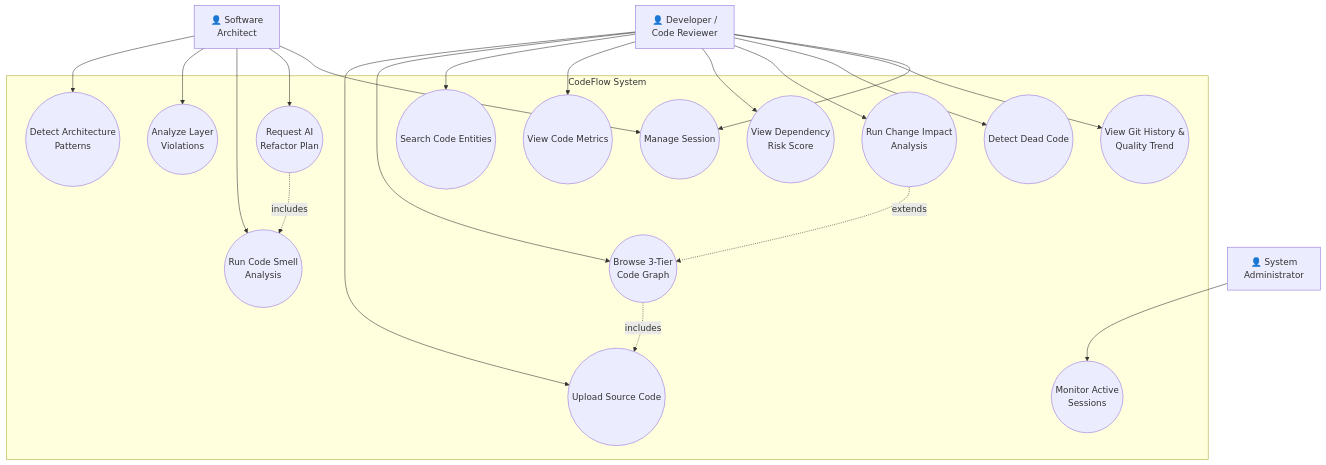
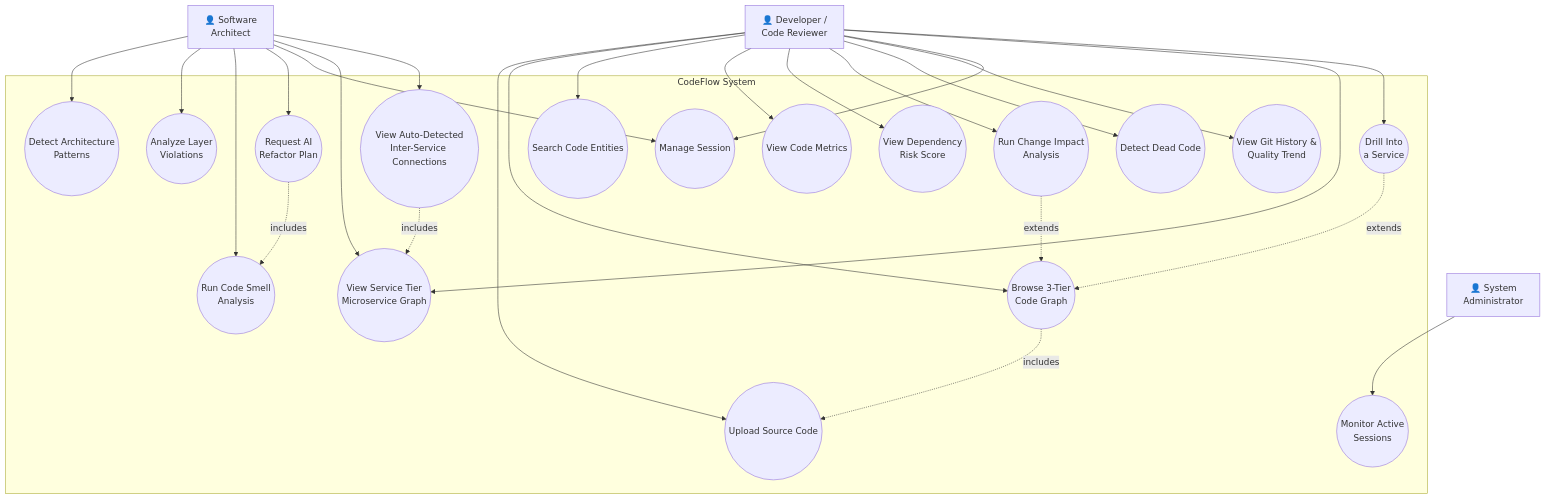
Before and after one commit to farjanasarker/Code_Base_Visualisation: the third of 12 diagrams in SRS.md, drawn with Mermaid. The commit also changed other lines of this file and 47 other files, not shown here.

````diff
--- a/SRS.md
+++ b/SRS.md
@@ -166,45 +207,54 @@
 ```mermaid
 graph TB
     Dev["👤 Developer /<br/>Code Reviewer"]
     Arch["👤 Software<br/>Architect"]
     Admin["👤 System<br/>Administrator"]
 
     subgraph CodeFlow["CodeFlow System"]
         UC1((Upload Source Code))
         UC2((Browse 3-Tier<br/>Code Graph))
         UC3((Search Code Entities))
         UC4((View Code Metrics))
         UC5((Detect Architecture<br/>Patterns))
         UC6((Analyze Layer<br/>Violations))
         UC7((Run Code Smell<br/>Analysis))
         UC8((Request AI<br/>Refactor Plan))
         UC9((View Dependency<br/>Risk Score))
         UC10((Run Change Impact<br/>Analysis))
         UC11((Detect Dead Code))
         UC12((View Git History &<br/>Quality Trend))
         UC13((Manage Session))
         UC14((Monitor Active<br/>Sessions))
+        UC15((View Service Tier<br/>Microservice Graph))
+        UC16((Drill Into<br/>a Service))
+        UC17((View Auto-Detected<br/>Inter-Service Connections))
     end
 
     Dev --> UC1
     Dev --> UC2
     Dev --> UC3
     Dev --> UC4
     Dev --> UC9
     Dev --> UC10
     Dev --> UC11
     Dev --> UC12
 
     Arch --> UC5
     Arch --> UC6
     Arch --> UC7
     Arch --> UC8
 
     Admin --> UC14
     Dev --> UC13
     Arch --> UC13
+    Dev --> UC15
+    Dev --> UC16
+    Arch --> UC15
+    Arch --> UC17
 
     UC8 -.includes.-> UC7
     UC2 -.includes.-> UC1
     UC10 -.extends.-> UC2
+    UC16 -.extends.-> UC2
+    UC17 -.includes.-> UC15
 ```
````
